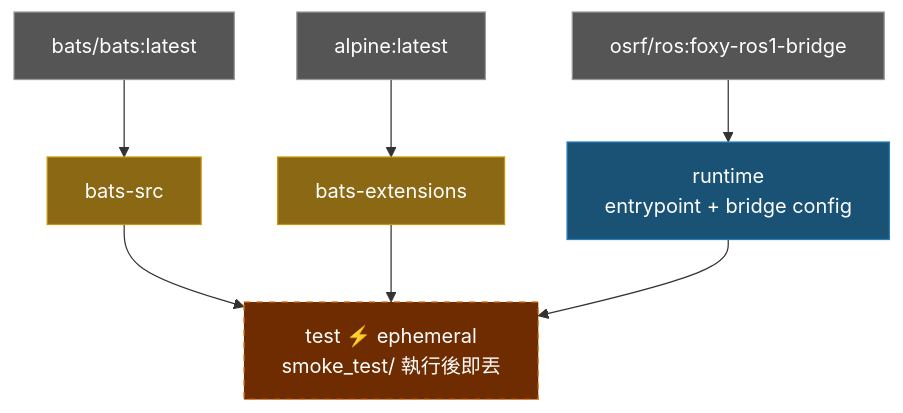
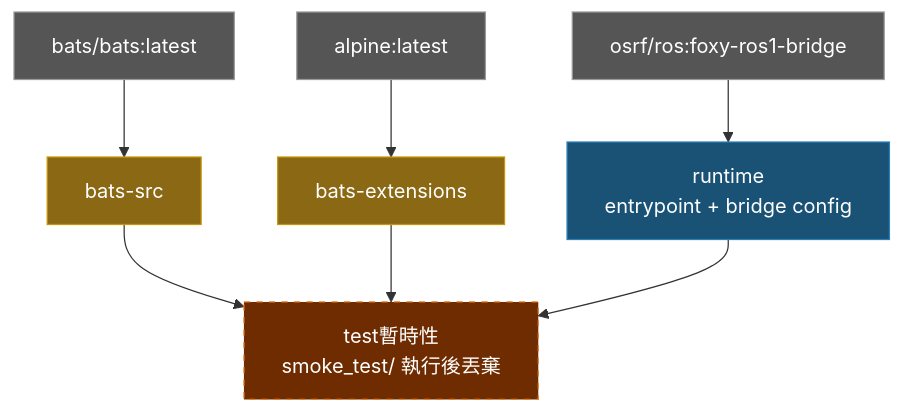
One commit to ycpss91255-docker/ros1_bridge changed the diagram in doc/README.zh-TW.md. Above: the diagram before and after it, drawn with Mermaid. The commit also changed 3 other files, not shown here.

Commit message:
docs: remove ⚡ emoji and translate ephemeral in architecture diagrams

````diff
--- a/doc/README.zh-TW.md
+++ b/doc/README.zh-TW.md
@@ -99,20 +99,20 @@
 ```mermaid
 graph TD
     EXT1["bats/bats:latest"]:::external
     EXT2["alpine:latest"]:::external
     EXT3["osrf/ros:foxy-ros1-bridge"]:::external
 
     EXT1 --> bats-src["bats-src"]:::tool
     EXT2 --> bats-ext["bats-extensions"]:::tool
 
     EXT3 --> runtime["runtime\nentrypoint + bridge config"]:::stage
 
-    bats-src --> test["test  ⚡ ephemeral\nsmoke_test/ 執行後即丟"]:::ephemeral
+    bats-src --> test["test暫時性\nsmoke_test/ 執行後丟棄"]:::ephemeral
     bats-ext --> test
     runtime --> test
 
     classDef external fill:#555,color:#fff,stroke:#999
     classDef tool fill:#8B6914,color:#fff,stroke:#c8960c
     classDef stage fill:#1a5276,color:#fff,stroke:#2980b9
     classDef ephemeral fill:#6e2c00,color:#fff,stroke:#e67e22,stroke-dasharray:5 5
 ```
````
